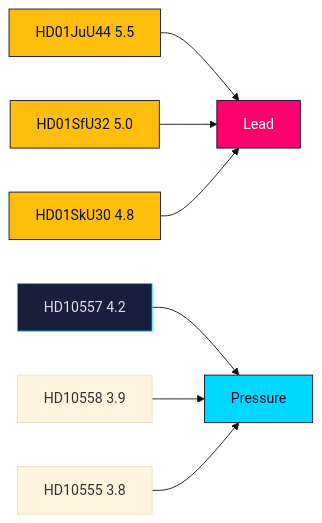
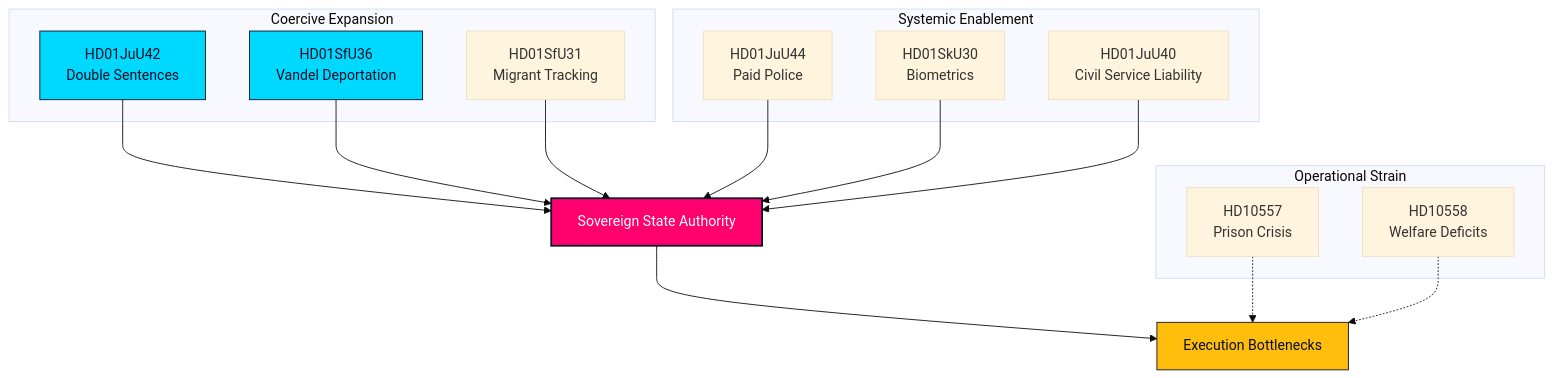
Before and after one commit to Hack23/riksdagsmonitor: the second of 21 diagrams in analysis/daily/2026-06-13/realtime-monitor/article.md, drawn with Mermaid (base theme). The commit also changed other lines of this file and 44 other files, not shown here.

````diff
--- a/analysis/daily/2026-06-13/realtime-monitor/article.md
+++ b/analysis/daily/2026-06-13/realtime-monitor/article.md
@@ -212,15 +190,29 @@
 ```mermaid
-flowchart LR
-  A["HD01JuU44 5.5"] --> B["Lead"]
-  C["HD01SfU32 5.0"] --> B
-  D["HD01SkU30 4.8"] --> B
-  E["HD10557 4.2"] --> F["Pressure"]
-  G["HD10558 3.9"] --> F
-  H["HD10555 3.8"] --> F
-  style A fill:#ffbe0b,stroke:#0a0e27,color:#0a0e27
-  style B fill:#ff006e,stroke:#0a0e27,color:#ffffff
-  style C fill:#ffbe0b,stroke:#0a0e27,color:#0a0e27
-  style D fill:#ffbe0b,stroke:#0a0e27,color:#0a0e27
-  style E fill:#1a1e3d,stroke:#00d9ff,color:#e0e0e0
-  style F fill:#00d9ff,stroke:#0a0e27,color:#0a0e27
+flowchart TD
+  subgraph Coercive Expansion
+    JuU42["HD01JuU42<br/>Double Sentences"]
+    SfU36["HD01SfU36<br/>Vandel Deportation"]
+    SfU31["HD01SfU31<br/>Migrant Tracking"]
+  end
+
+  subgraph Systemic Enablement
+    JuU44["HD01JuU44<br/>Paid Police"]
+    SkU30["HD01SkU30<br/>Biometrics"]
+    JuU40["HD01JuU40<br/>Civil Service Liability"]
+  end
+
+  subgraph Operational Strain
+    Krim["HD10557<br/>Prison Crisis"]
+    Welf["HD10558<br/>Welfare Deficits"]
+  end
+
+  JuU42 & SfU36 & SfU31 --> POWER["Sovereign State Authority"]
+  JuU44 & SkU30 & JuU40 --> POWER
+  POWER --> STRESS["Execution Bottlenecks"]
+  Krim & Welf -.-> STRESS
+
+  style POWER fill:#ff006e,stroke:#0a0e27,color:#ffffff,stroke-width:2px
+  style STRESS fill:#ffbe0b,stroke:#0a0e27,color:#0a0e27
+  style JuU42 fill:#00d9ff,stroke:#0a0e27,color:#0a0e27
+  style SfU36 fill:#00d9ff,stroke:#0a0e27,color:#0a0e27
 ```
````
